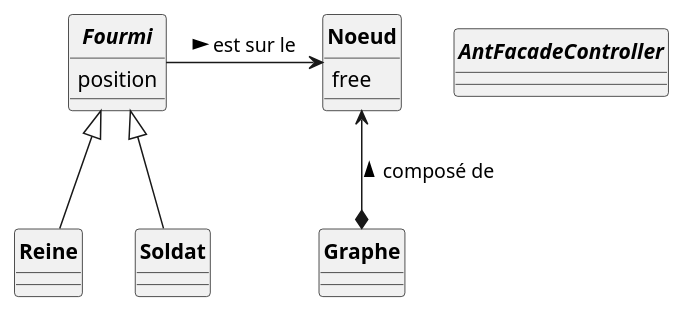
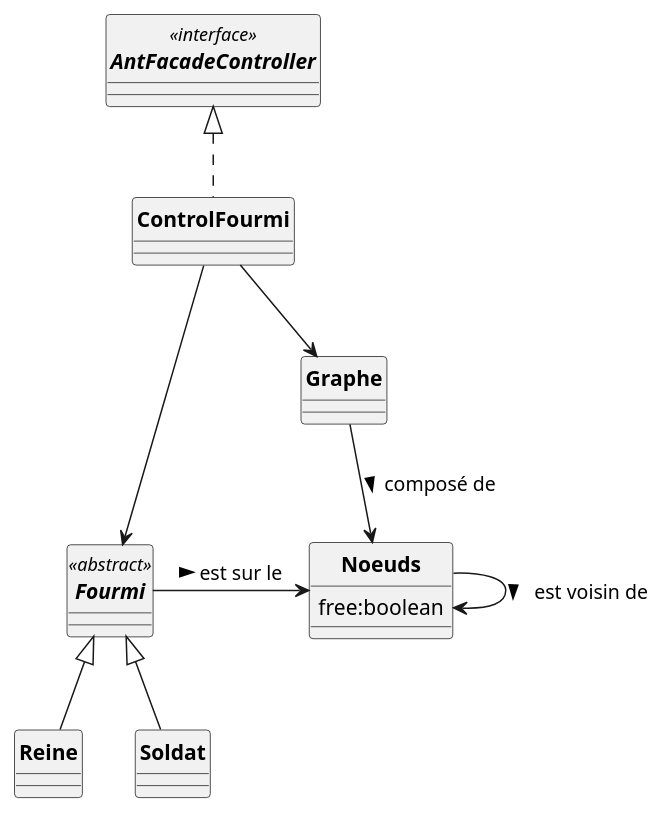
The diagram in Code/uml/Fourmis_DCa.puml (ErenMustafaGit/ColonieFourmis), drawn with PlantUML before and after one commit.

Commit message:
Mise à jour du diagram d'analyse

```diff
--- a/Code/uml/Fourmis_DCa.puml
+++ b/Code/uml/Fourmis_DCa.puml
@@ -1,32 +1,39 @@
 @startuml
 'https://plantuml.com/sequence-diagram
 skinparam style strictuml
 skinparam classAttributeIconSize 0
 skinparam circledCharacterRadius 0
 skinparam circledCharacterFontSize 0
 skinparam classFontStyle Bold
 'autonumber
 
-interface AntFacadeController{
+interface AntFacadeController<<interface>>{
 
 }
 
 class Graphe {
 
 }
-class Noeud{
-free
+class Noeuds{
+free:boolean
 }
 
-abstract Fourmi {
-position
+abstract Fourmi <<abstract>>{
+
 }
+
 class Reine extends Fourmi{
 }
 class Soldat extends Fourmi{
 }
 
-Graphe *-u-> Noeud : composé de >
-Fourmi  -> Noeud : est sur le >
+class ControlFourmi implements AntFacadeController{
+}
+
+Noeuds -> Noeuds : est voisin de >
+ControlFourmi --> Graphe
+ControlFourmi ---> Fourmi
+Graphe --> Noeuds : composé de >
+Fourmi  -> Noeuds : est sur le >
 
 @enduml
```
